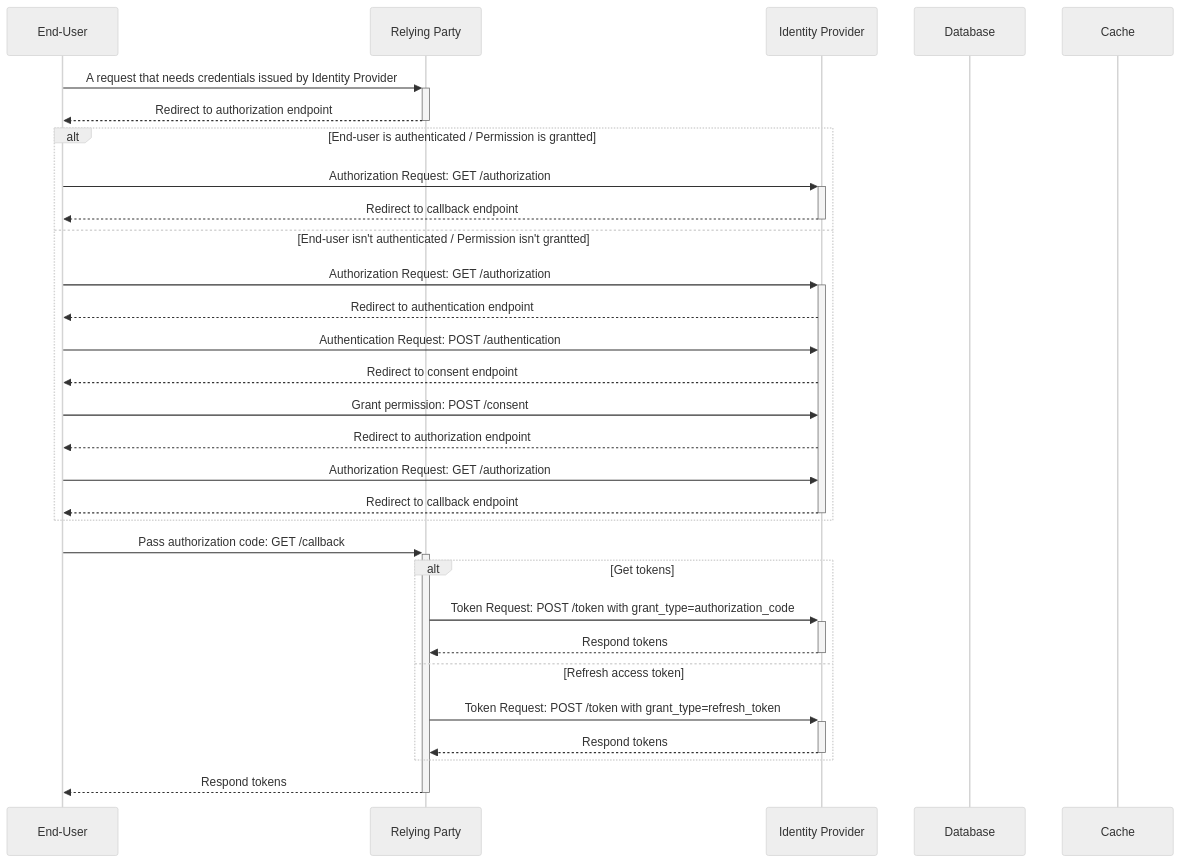
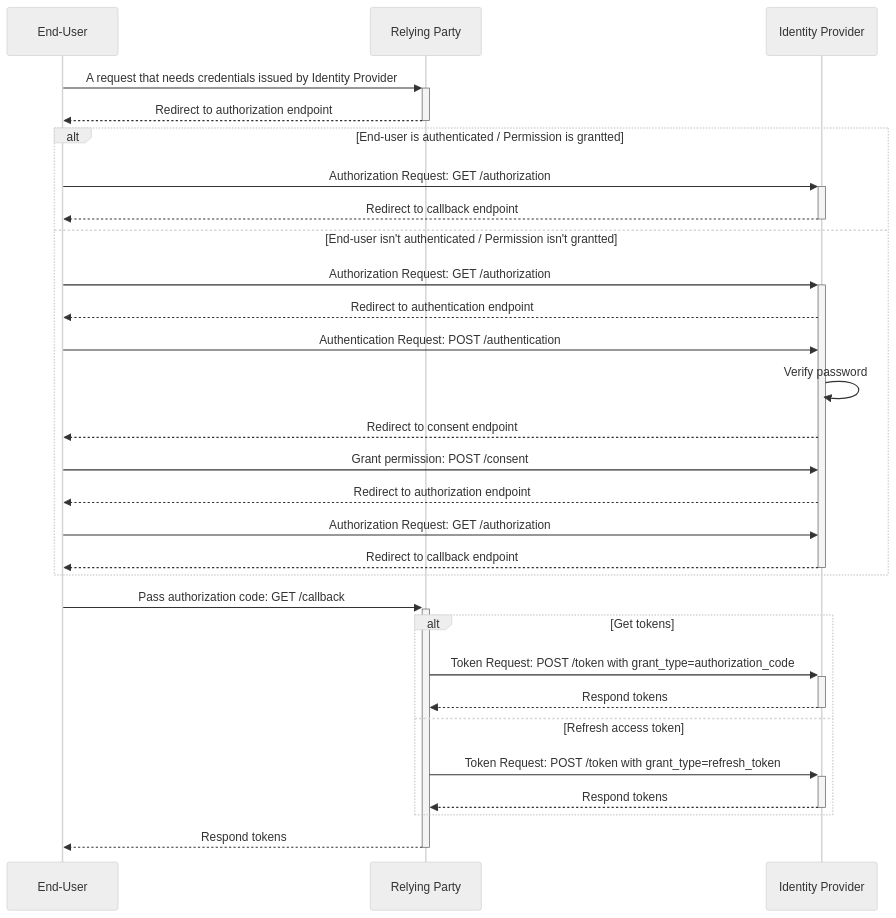
The diagram in docs/UML/Sequences/API Endpoints/authentication/README.md (42milez/go-oidc-expt), drawn with Mermaid (neutral theme) before and after one commit.

Commit message:
Update sequence diagram: /authentication

````diff
--- a/docs/UML/Sequences/API Endpoints/authentication/README.md
+++ b/docs/UML/Sequences/API Endpoints/authentication/README.md
@@ -3,37 +3,39 @@
 ```mermaid
 sequenceDiagram
   participant EndUser as End-User
   participant RP as Relying Party
   participant IdP as Identity Provider
-  participant DB as Database
-  participant Cache as Cache
 
   EndUser ->>+ RP: A request that needs credentials issued by Identity Provider
   RP -->>- EndUser: Redirect to authorization endpoint
 
   alt End-user is authenticated / Permission is grantted
     EndUser ->>+ IdP: Authorization Request: GET /authorization
     IdP -->>- EndUser: Redirect to callback endpoint
-  else End-user isn't authenticated / Permission isn't grantted 
+  else End-user isn't authenticated / Permission isn't grantted
     EndUser ->>+ IdP: Authorization Request: GET /authorization
     IdP -->> EndUser: Redirect to authentication endpoint
     EndUser ->> IdP: Authentication Request: POST /authentication
+    
+    %% Password verification
+    IdP ->> IdP: Verify password
+    
     IdP -->> EndUser: Redirect to consent endpoint
     EndUser ->> IdP: Grant permission: POST /consent
     IdP -->> EndUser: Redirect to authorization endpoint
     EndUser ->> IdP: Authorization Request: GET /authorization
     IdP -->>- EndUser: Redirect to callback endpoint
   end
 
   EndUser ->>+ RP: Pass authorization code: GET /callback
   
   alt Get tokens
     RP ->>+ IdP: Token Request: POST /token with grant_type=authorization_code
     IdP -->>- RP: Respond tokens
   else Refresh access token
     RP ->>+ IdP: Token Request: POST /token with grant_type=refresh_token
     IdP -->>- RP: Respond tokens
   end
 
   RP -->>- EndUser: Respond tokens
 ```
````
